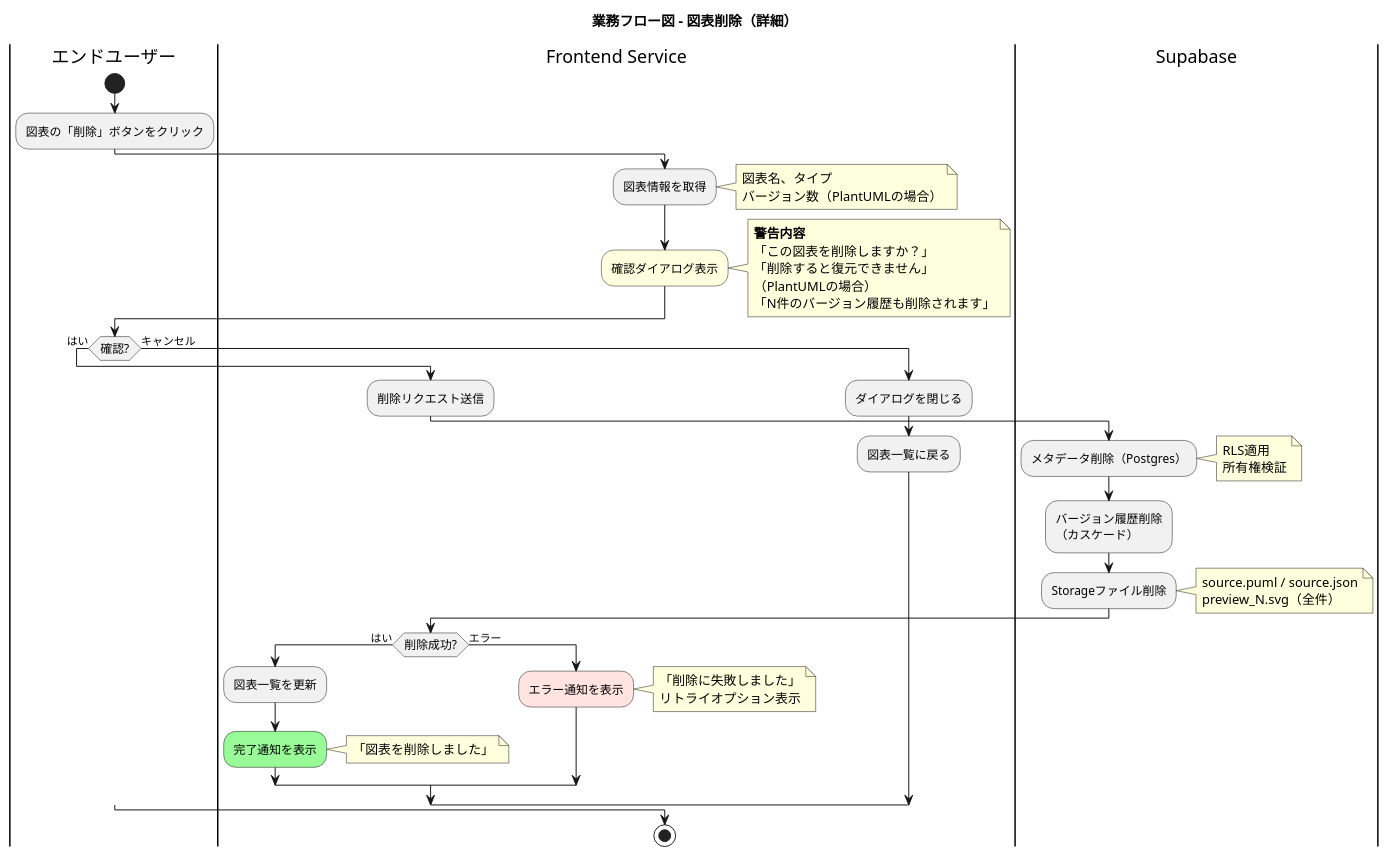
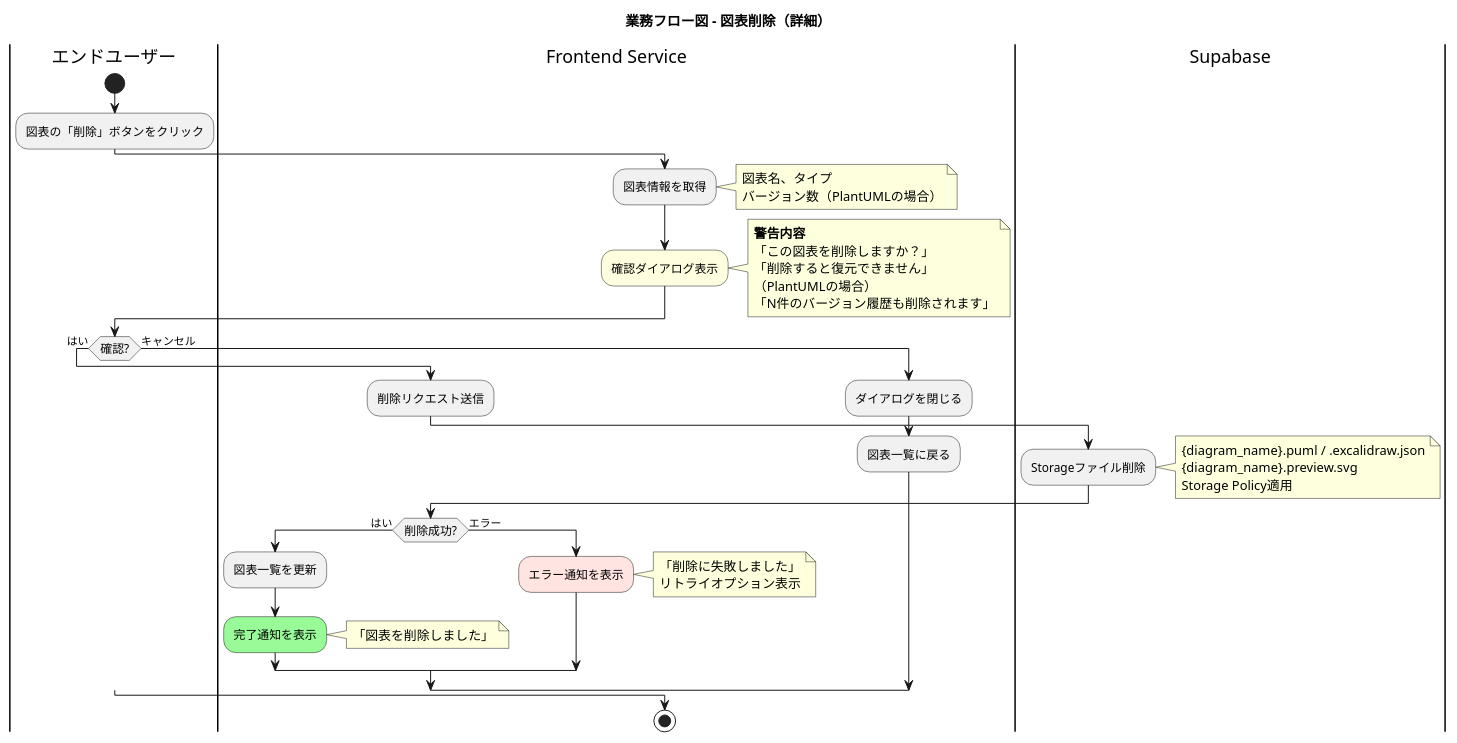
One commit to yoshiwo3/PlantUML2_Opus4.5 changed diagram 19 of 19 in docs/proposals/PlantUML_Studio_業務フロー図_20251201.md. Above: the diagram before and after it, drawn with PlantUML. The commit also changed other lines of this file and 14 other files, not shown here.

````diff
--- a/docs/proposals/PlantUML_Studio_業務フロー図_20251201.md
+++ b/docs/proposals/PlantUML_Studio_業務フロー図_20251201.md
@@ -1778,67 +1765,62 @@
 ```plantuml
 @startuml business_flow_diagram_delete
 skinparam ActivityFontSize 12
 skinparam ConditionEndStyle hline
 
 title 業務フロー図 - 図表削除（詳細）
 
 |エンドユーザー|
 start
 :図表の「削除」ボタンをクリック;
 
 |Frontend Service|
 :図表情報を取得;
 note right
   図表名、タイプ
   バージョン数（PlantUMLの場合）
 end note
 #lightyellow:確認ダイアログ表示;
 note right
   **警告内容**
   「この図表を削除しますか？」
   「削除すると復元できません」
   （PlantUMLの場合）
   「N件のバージョン履歴も削除されます」
 end note
 
 |エンドユーザー|
 if (確認?) then (はい)
   |Frontend Service|
   :削除リクエスト送信;
 
   |Supabase|
-  :メタデータ削除（Postgres）;
-  note right
-    RLS適用
-    所有権検証
-  end note
-  :バージョン履歴削除\n（カスケード）;
   :Storageファイル削除;
   note right
-    source.puml / source.json
-    preview_N.svg（全件）
+    {diagram_name}.puml / .excalidraw.json
+    {diagram_name}.preview.svg
+    Storage Policy適用
   end note
 
   |Frontend Service|
   if (削除成功?) then (はい)
     :図表一覧を更新;
     #palegreen:完了通知を表示;
     note right
       「図表を削除しました」
     end note
   else (エラー)
     #mistyrose:エラー通知を表示;
     note right
       「削除に失敗しました」
       リトライオプション表示
     end note
   endif
 else (キャンセル)
   |Frontend Service|
   :ダイアログを閉じる;
   :図表一覧に戻る;
 endif
 stop
 
 @enduml
 ```
````
